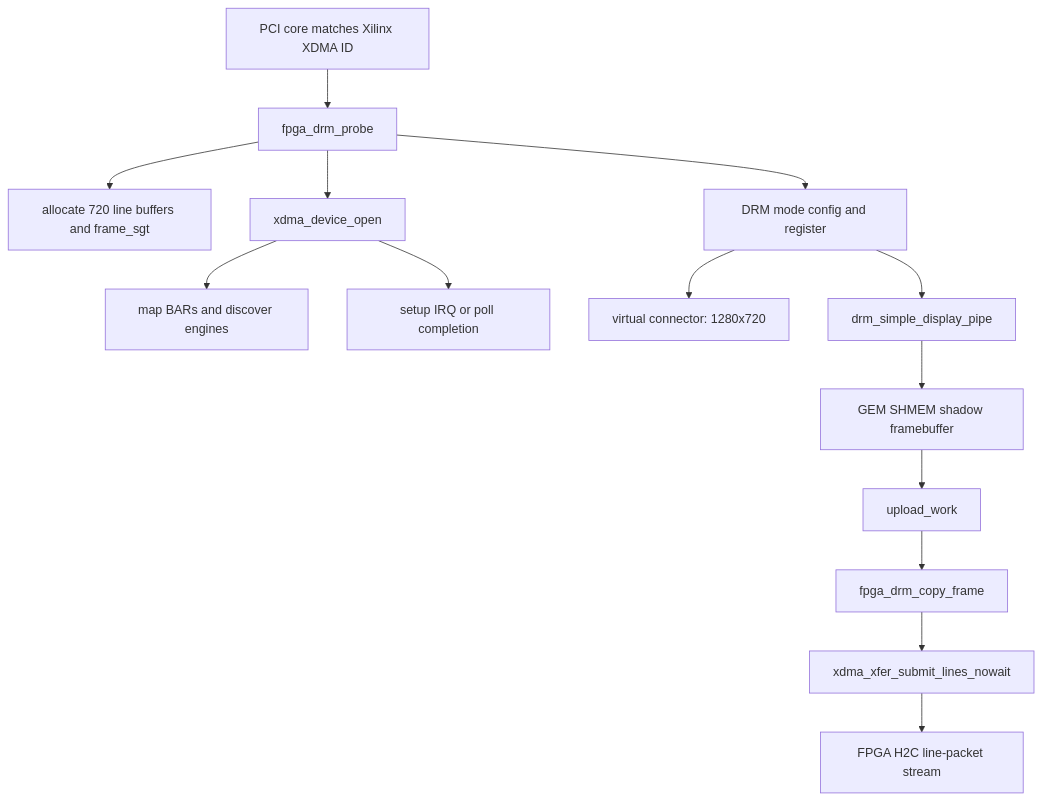
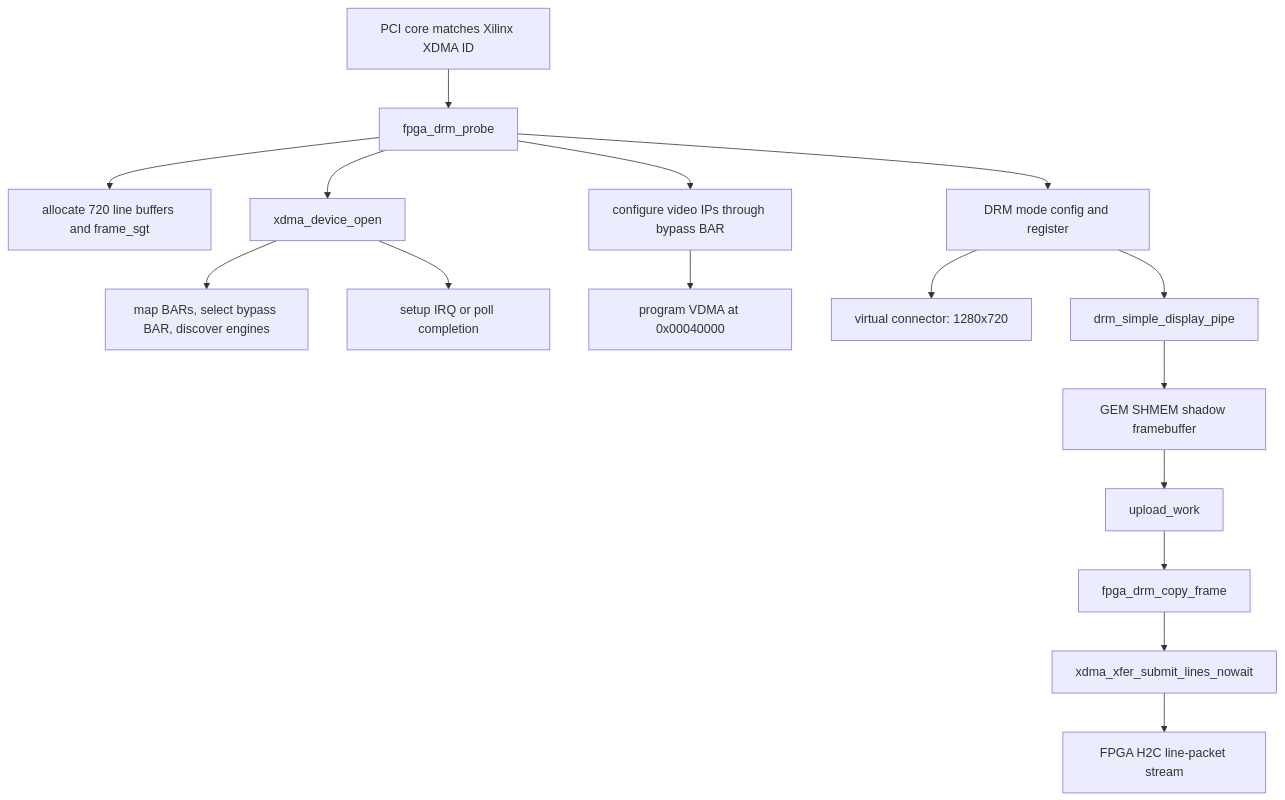
The diagram in doc/Linux_DRM_Driver_AI_GEN_documents/driver_architecture.md (alpkoyun/Simple-Display-Controller), drawn with Mermaid before and after one commit. The commit also changed other lines of this file and 28 other files, not shown here.

````diff
--- a/doc/Linux_DRM_Driver_AI_GEN_documents/driver_architecture.md
+++ b/doc/Linux_DRM_Driver_AI_GEN_documents/driver_architecture.md
@@ -71,16 +74,18 @@
 ```mermaid
 flowchart TD
     PCI[PCI core matches Xilinx XDMA ID] --> Probe[fpga_drm_probe]
     Probe --> Buffers[allocate 720 line buffers and frame_sgt]
     Probe --> XDMA[xdma_device_open]
-    XDMA --> BAR[map BARs and discover engines]
+    XDMA --> BAR[map BARs, select bypass BAR, discover engines]
     XDMA --> IRQ[setup IRQ or poll completion]
+    Probe --> VP[configure video IPs through bypass BAR]
+    VP --> VDMA[program VDMA at 0x00040000]
     Probe --> DRM[DRM mode config and register]
     DRM --> Conn[virtual connector: 1280x720]
     DRM --> Pipe[drm_simple_display_pipe]
     Pipe --> Shadow[GEM SHMEM shadow framebuffer]
     Shadow --> Work[upload_work]
     Work --> Copy[fpga_drm_copy_frame]
     Copy --> Submit[xdma_xfer_submit_lines_nowait]
     Submit --> FPGA[FPGA H2C line-packet stream]
 ```
````
